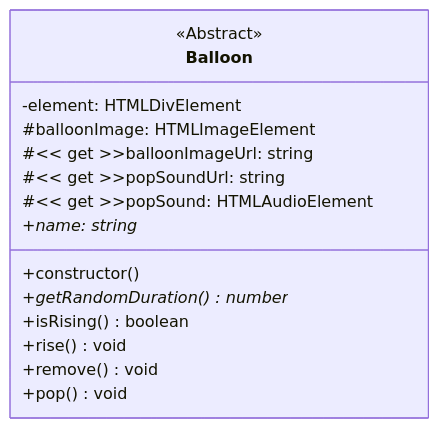
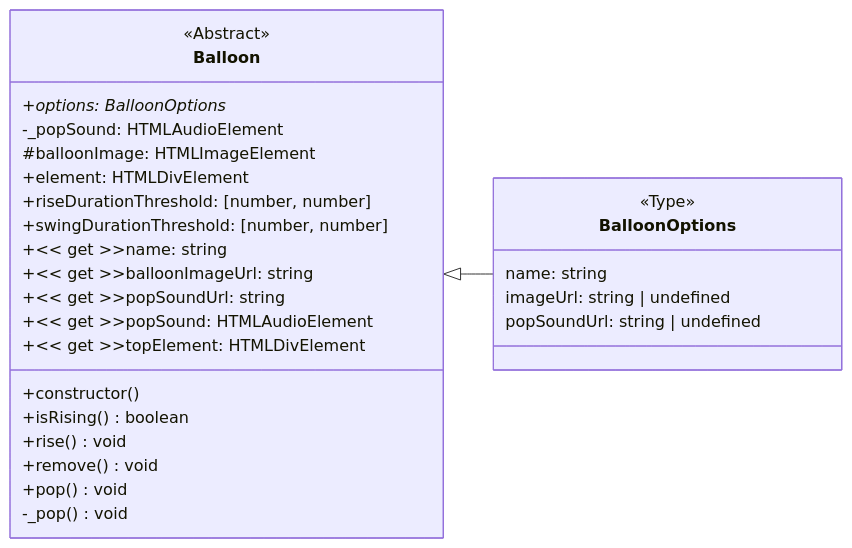
Before and after one commit to SimonStnn/pop-a-loon: the second of 3 diagrams in docs/README.md, drawn with Mermaid.

Commit message:
Implement balloon options attribute and update balloon class UML #214

````diff
--- a/docs/README.md
+++ b/docs/README.md
@@ -169,19 +169,33 @@
 ```mermaid
 classDiagram
 direction LR
 class Balloon {
   <<Abstract>>
-  -element: HTMLDivElement
+  +options: BalloonOptions*
+  -_popSound: HTMLAudioElement
   #balloonImage: HTMLImageElement
-  #<< get >>balloonImageUrl: string
-  #<< get >>popSoundUrl: string
-  #<< get >>popSound: HTMLAudioElement
-  +name: string*
+  +element: HTMLDivElement
+  +riseDurationThreshold: [number, number]
+  +swingDurationThreshold: [number, number]
+  +<< get >>name: string
+  +<< get >>balloonImageUrl: string
+  +<< get >>popSoundUrl: string
+  +<< get >>popSound: HTMLAudioElement
+  +<< get >>topElement: HTMLDivElement
   +constructor()
-  +getRandomDuration() number*
   +isRising() boolean
   +rise() void
   +remove() void
   +pop() void
+  -_pop() void
 }
+
+class BalloonOptions {
+  <<Type>>
+  name: string
+  imageUrl: string | undefined
+  popSoundUrl: string | undefined
+}
+
+Balloon <|-- BalloonOptions
 ```
````
